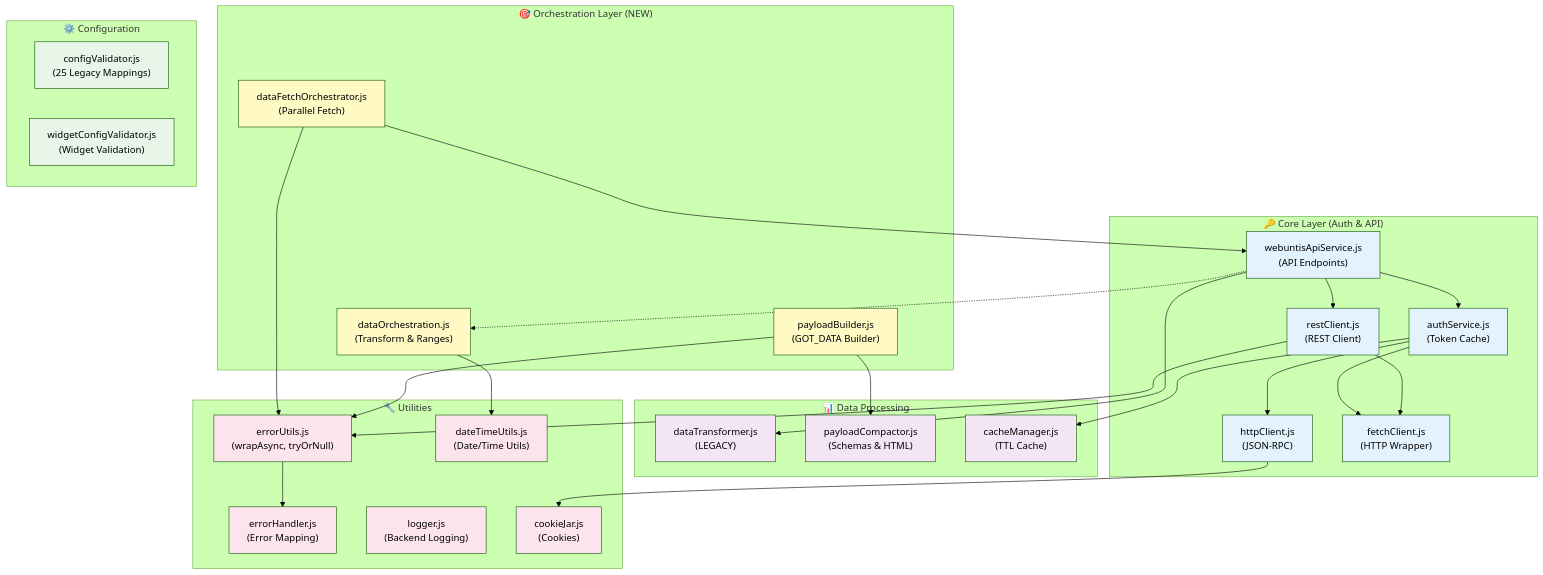
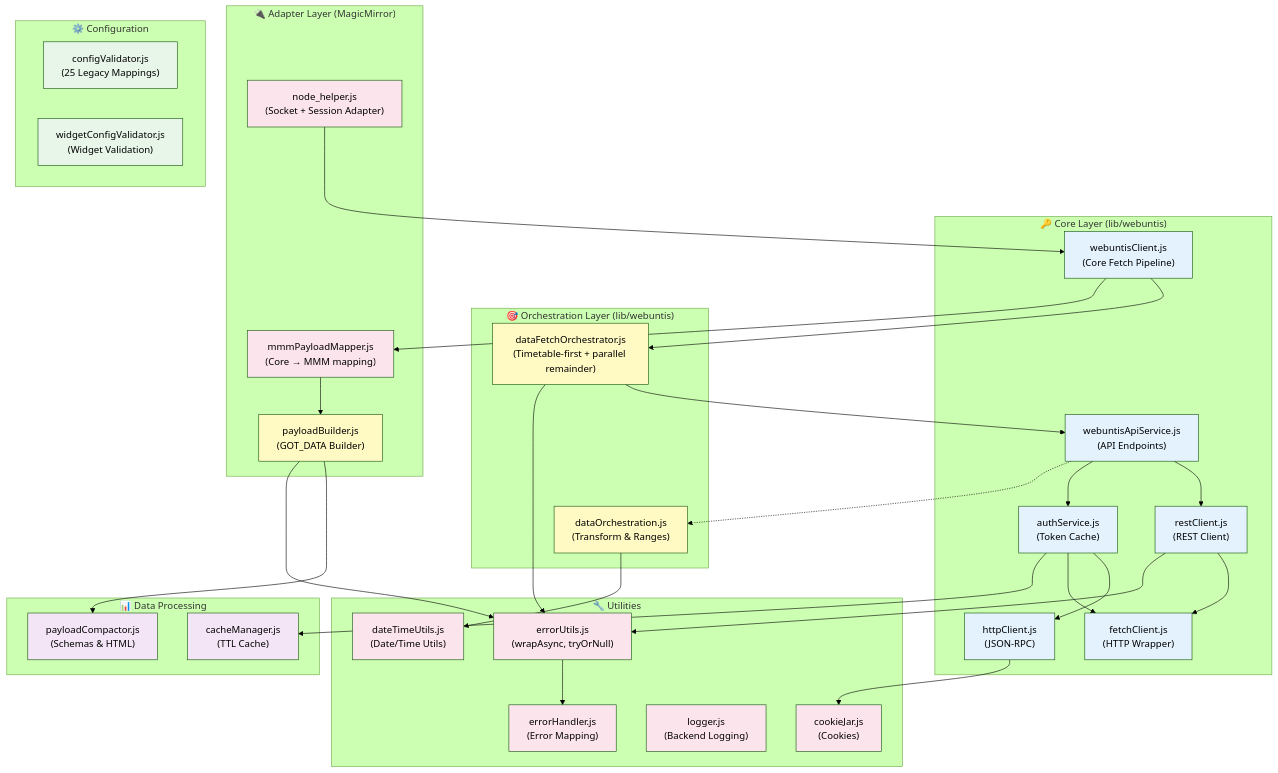
One commit to HeikoGr/MMM-Webuntis changed the second of 13 diagrams in docs/ARCHITECTURE.md. Above: the diagram before and after it, drawn with Mermaid (forest theme). The commit also changed other lines of this file and 32 other files, not shown here.

````diff
--- a/docs/ARCHITECTURE.md
+++ b/docs/ARCHITECTURE.md
@@ -124,71 +135,79 @@
 ```mermaid
 graph TB
-    subgraph Core["🔑 Core Layer (Auth & API)"]
+    subgraph Core["🔑 Core Layer (lib/webuntis)"]
         Auth["authService.js<br/>(Token Cache)"]
         HTTP["httpClient.js<br/>(JSON-RPC)"]
         Fetch["fetchClient.js<br/>(HTTP Wrapper)"]
         Rest["restClient.js<br/>(REST Client)"]
         API["webuntisApiService.js<br/>(API Endpoints)"]
+        Client["webuntisClient.js<br/>(Core Fetch Pipeline)"]
     end
 
-    subgraph Orch["🎯 Orchestration Layer (NEW)"]
+    subgraph Orch["🎯 Orchestration Layer (lib/webuntis)"]
         DataOrch["dataOrchestration.js<br/>(Transform & Ranges)"]
-        FetchOrch["dataFetchOrchestrator.js<br/>(Parallel Fetch)"]
+        FetchOrch["dataFetchOrchestrator.js<br/>(Timetable-first + parallel remainder)"]
+    end
+
+    subgraph Adapter["🔌 Adapter Layer (MagicMirror)"]
+        NodeHelper["node_helper.js<br/>(Socket + Session Adapter)"]
+        Mapper["mmmPayloadMapper.js<br/>(Core → MMM mapping)"]
         PayBuild["payloadBuilder.js<br/>(GOT_DATA Builder)"]
     end
 
     subgraph Data["📊 Data Processing"]
-        Trans["dataTransformer.js<br/>(LEGACY)"]
         Compact["payloadCompactor.js<br/>(Schemas & HTML)"]
         Cache["cacheManager.js<br/>(TTL Cache)"]
     end
 
     subgraph Config["⚙️ Configuration"]
         ConfigVal["configValidator.js<br/>(25 Legacy Mappings)"]
         WidgetVal["widgetConfigValidator.js<br/>(Widget Validation)"]
     end
 
     subgraph Utils["🔧 Utilities"]
         ErrUtils["errorUtils.js<br/>(wrapAsync, tryOrNull)"]
         ErrHandler["errorHandler.js<br/>(Error Mapping)"]
         DateTime["dateTimeUtils.js<br/>(Date/Time Utils)"]
         Logger["logger.js<br/>(Backend Logging)"]
         Cookie["cookieJar.js<br/>(Cookies)"]
     end
 
     %% Core dependencies
     Auth --> HTTP
     Auth --> Fetch
     Auth --> Cache
     HTTP --> Cookie
     API --> Rest
     API --> Auth
-    API --> Trans
     Rest --> Fetch
     Rest --> ErrUtils
 
     %% Orchestration dependencies
+    Client --> FetchOrch
+    Client --> Mapper
+    NodeHelper --> Client
     FetchOrch --> API
     FetchOrch --> ErrUtils
+    Mapper --> PayBuild
     PayBuild --> Compact
     PayBuild --> ErrUtils
     DataOrch --> DateTime
 
     %% Error utilities
     ErrUtils --> ErrHandler
 
-    %% Dotted: optional/legacy dependencies
+    %% Dotted: optional/utility dependencies
     API -.-> DataOrch
 
     classDef core fill:#e3f2fd
     classDef orch fill:#fff9c4
     classDef data fill:#f3e5f5
     classDef config fill:#e8f5e9
     classDef utils fill:#fce4ec
 
-    class Auth,HTTP,Fetch,Rest,API core
+    class Auth,HTTP,Fetch,Rest,API,Client core
     class DataOrch,FetchOrch,PayBuild orch
-    class Trans,Compact,Cache data
+    class Compact,Cache data
     class ConfigVal,WidgetVal config
-    class ErrUtils,ErrHandler,DateTime,Logger,Cookie utils
+    class ErrUtils,ErrHandler,DateTime,Logger,Cookie,NodeHelper,Mapper utils
 ```
````
